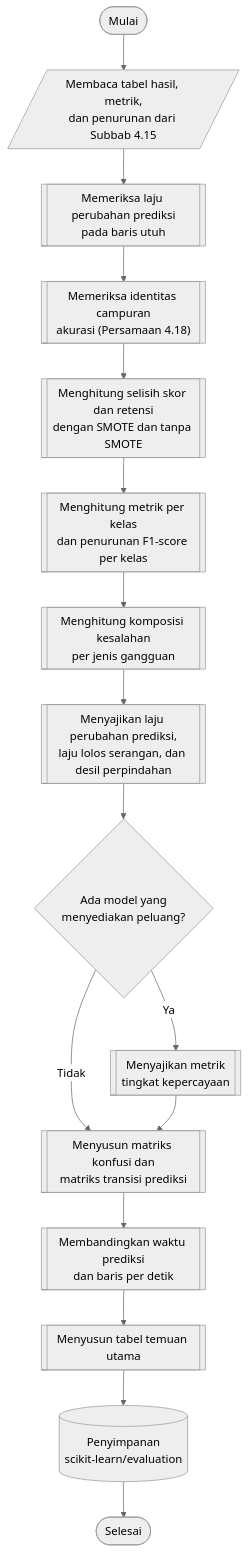
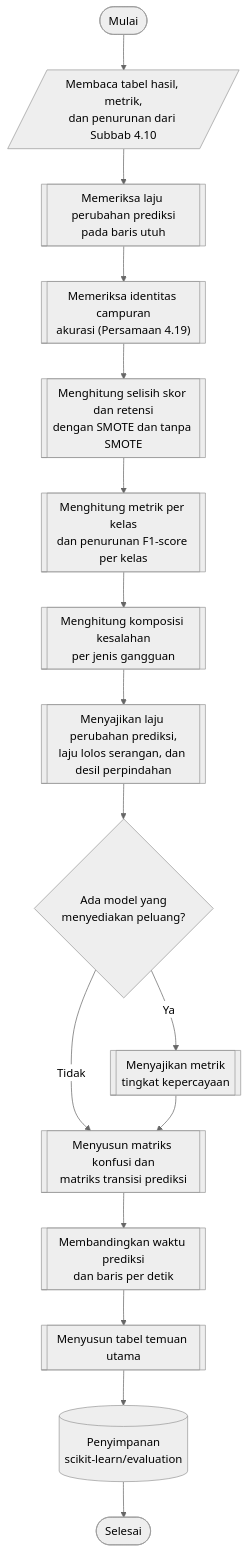
The diagram in thesis/diagram/bab_04/diagram_04_16_01.mmd (JoxNeis/mlids-robustness), drawn with Mermaid (neutral theme) before and after one commit. The commit also changed 12 other files, not shown here.

```diff
--- a/thesis/diagram/bab_04/diagram_04_16_01.mmd
+++ b/thesis/diagram/bab_04/diagram_04_16_01.mmd
@@ -1,17 +1,17 @@
 flowchart TD
     mulai(["Mulai"])
-    mulai --> masukan[/"Membaca tabel hasil, metrik,<br>dan penurunan dari Subbab 4.15"/]
+    mulai --> masukan[/"Membaca tabel hasil, metrik,<br>dan penurunan dari Subbab 4.10"/]
     masukan --> audit[["Memeriksa laju perubahan prediksi<br>pada baris utuh"]]
-    audit --> campuran[["Memeriksa identitas campuran<br>akurasi (Persamaan 4.18)"]]
+    audit --> campuran[["Memeriksa identitas campuran<br>akurasi (Persamaan 4.19)"]]
     campuran --> smote[["Menghitung selisih skor dan retensi<br>dengan SMOTE dan tanpa SMOTE"]]
     smote --> kelas[["Menghitung metrik per kelas<br>dan penurunan F1-score per kelas"]]
     kelas --> kesalahan[["Menghitung komposisi kesalahan<br>per jenis gangguan"]]
     kesalahan --> stabilitas[["Menyajikan laju perubahan prediksi,<br>laju lolos serangan, dan desil perpindahan"]]
     stabilitas --> cek_conf{"Ada model yang<br>menyediakan peluang?"}
     cek_conf -->|"Ya"| kepercayaan[["Menyajikan metrik<br>tingkat kepercayaan"]]
     cek_conf -->|"Tidak"| konfusi
     kepercayaan --> konfusi[["Menyusun matriks konfusi dan<br>matriks transisi prediksi"]]
     konfusi --> biaya[["Membandingkan waktu prediksi<br>dan baris per detik"]]
     biaya --> temuan[["Menyusun tabel temuan utama"]]
     temuan --> simpan[("Penyimpanan<br>scikit-learn/evaluation")]
     simpan --> selesai(["Selesai"])
```
